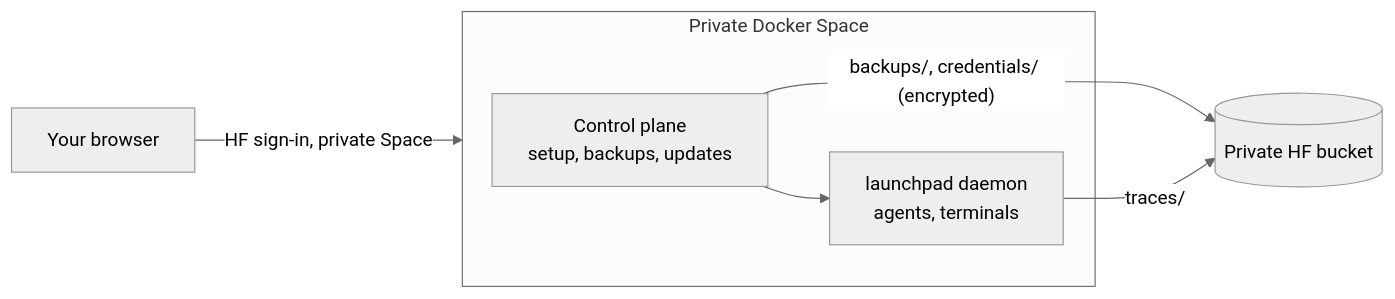
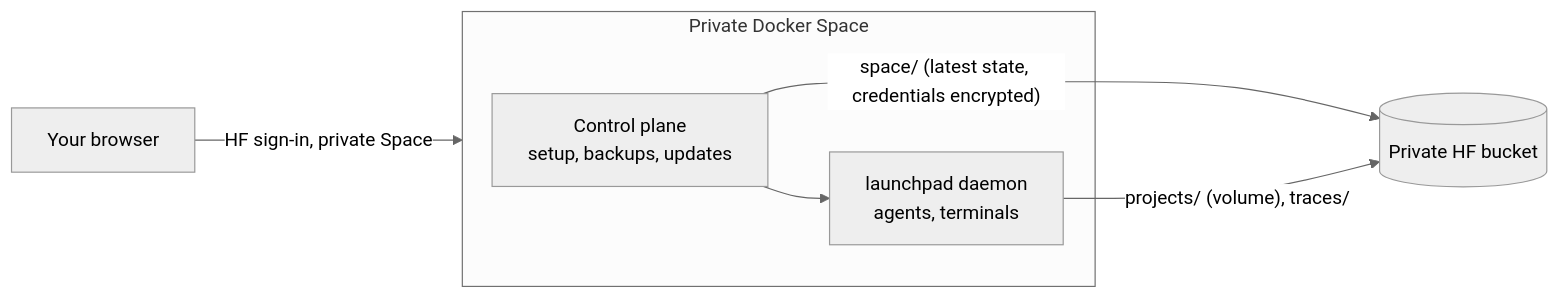
The diagram in docs/hugging-face.md (Wauplin/launchpad), drawn with Mermaid (neutral theme) before and after one commit. The commit also changed other lines of this file and 15 other files, not shown here.

Commit message:
Space: keep ~/projects on a bucket volume and back up only the latest state

````diff
--- a/docs/hugging-face.md
+++ b/docs/hugging-face.md
@@ -39,9 +39,9 @@
 ```mermaid
 flowchart LR
     B[Your browser] -->|HF sign-in, private Space| S
     subgraph S[Private Docker Space]
         C["Control plane<br/>setup, backups, updates"] --> L["launchpad daemon<br/>agents, terminals"]
     end
-    C -->|"backups/, credentials/ (encrypted)"| K[(Private HF bucket)]
-    L -->|traces/| K
+    C -->|"space/ (latest state, credentials encrypted)"| K[(Private HF bucket)]
+    L -->|"projects/ (volume), traces/"| K
 ```
````
